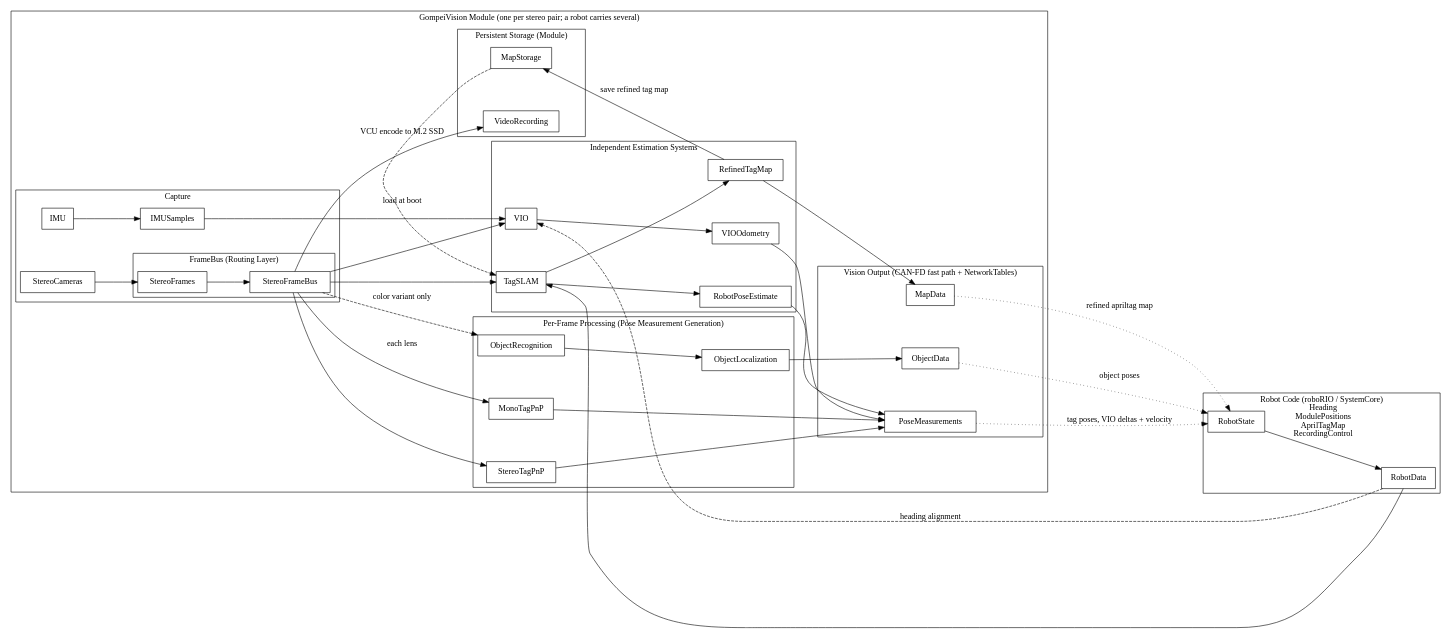
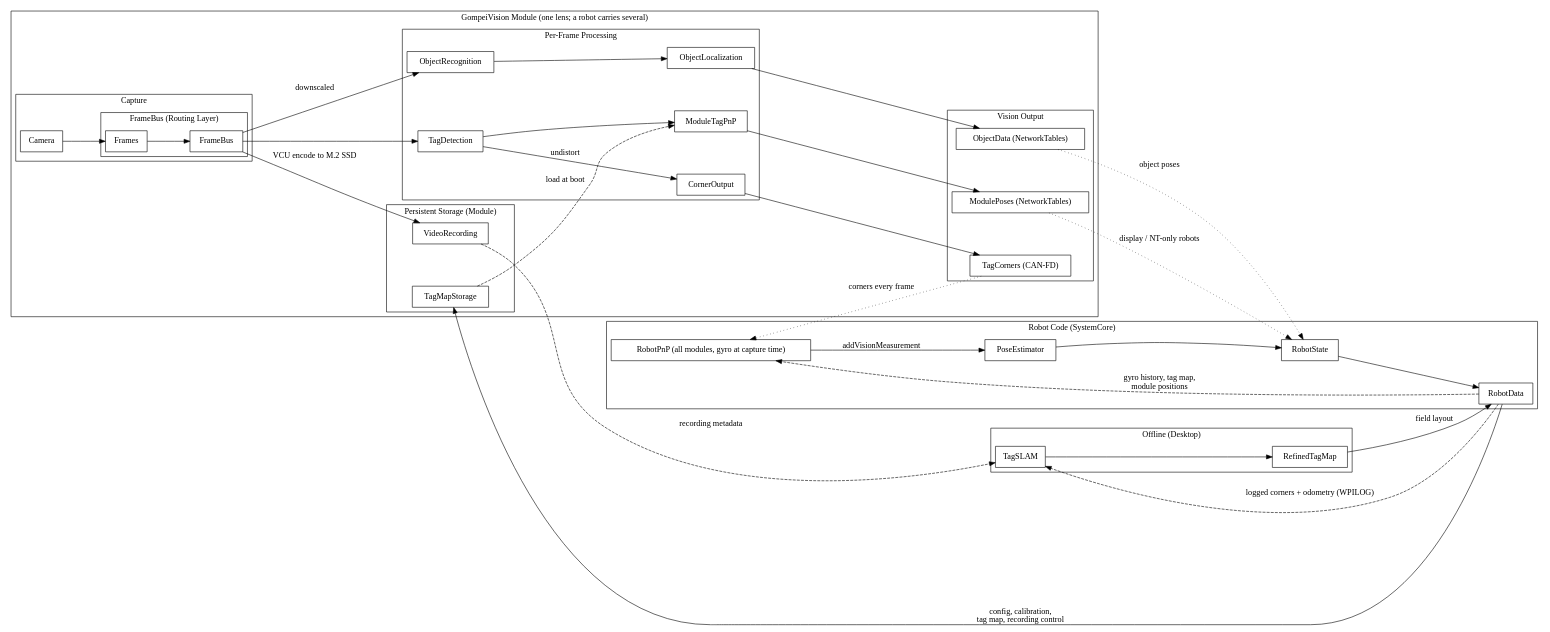
Before and after one commit to ElliotScher/GompeiVision: the diagram in GompeiVisionStructureDiagram.dot, drawn with Graphviz. The commit also changed 15 other files, not shown here.

```diff
--- a/GompeiVisionStructureDiagram.dot
+++ b/GompeiVisionStructureDiagram.dot
@@ -1,139 +1,133 @@
 digraph GompeiVisionStructureDiagram {
     compound=true;
     graph
         [splines=spline
         nodesep=1.0,
         ranksep=1.0
     ];
     node [shape=box];
     rankdir=LR;
 
-    subgraph cluster7 {
-        label = "Robot Code (roboRIO / SystemCore)";
-        RobotState;
-        RobotData;
-    }
-
     subgraph cluster0 {
-        label = "GompeiVision Module (one per stereo pair; a robot carries several)";
+        label = "GompeiVision Module (one lens; a robot carries several)";
 
         subgraph cluster1 {
             label = "Capture";
 
-            StereoCameras;
-            IMU;
+            Camera;
+            Frames;
 
-            StereoFrames;
-            IMUSamples;
-
-            StereoCameras -> StereoFrames;
-            IMU -> IMUSamples;
+            Camera -> Frames;
 
             subgraph cluster_framebus {
                 label = "FrameBus (Routing Layer)";
 
-                StereoFrameBus;
+                FrameBus;
 
-                StereoFrames -> StereoFrameBus;
+                Frames -> FrameBus;
             }
         }
 
         subgraph cluster2 {
-            label = "Per-Frame Processing (Pose Measurement Generation)";
+            label = "Per-Frame Processing";
 
-            MonoTagPnP;
-            StereoTagPnP;
+            TagDetection;
+            CornerOutput;
+            ModuleTagPnP;
 
             ObjectRecognition;
             ObjectLocalization;
 
-            StereoFrameBus -> MonoTagPnP [label="each lens"];
-            StereoFrameBus -> StereoTagPnP;
+            FrameBus -> TagDetection;
+            TagDetection -> CornerOutput [label="undistort"];
+            TagDetection -> ModuleTagPnP;
 
-            StereoFrameBus -> ObjectRecognition [style="dashed", label="color variant only"];
-
+            FrameBus -> ObjectRecognition [label="downscaled"];
             ObjectRecognition -> ObjectLocalization;
         }
 
-        subgraph cluster4 {
-            label = "Independent Estimation Systems";
+        subgraph cluster5 {
+            label = "Vision Output";
 
-            TagSLAM;
-            RobotPoseEstimate;
-            RefinedTagMap;
+            TagCorners [label="TagCorners (CAN-FD)"];
+            ModulePoses [label="ModulePoses (NetworkTables)"];
+            ObjectData [label="ObjectData (NetworkTables)"];
 
-            VIO;
-            VIOOdometry;
-
-            StereoFrameBus -> TagSLAM;
-            StereoFrameBus -> VIO;
-            IMUSamples -> VIO;
-
-            RobotData -> TagSLAM;
-            RobotData -> VIO [style="dashed", label="heading alignment"];
-
-            TagSLAM -> RobotPoseEstimate;
-            TagSLAM -> RefinedTagMap;
-
-            VIO -> VIOOdometry;
-        }
-
-        subgraph cluster5 {
-            label = "Vision Output (CAN-FD fast path + NetworkTables)";
-
-            PoseMeasurements;
-            ObjectData;
-            MapData;
-
-            MonoTagPnP -> PoseMeasurements;
-            StereoTagPnP -> PoseMeasurements;
-
+            CornerOutput -> TagCorners;
+            ModuleTagPnP -> ModulePoses;
             ObjectLocalization -> ObjectData;
-
-            RobotPoseEstimate -> PoseMeasurements;
-            VIOOdometry -> PoseMeasurements;
-
-            RefinedTagMap -> MapData;
         }
 
         subgraph cluster6 {
             label = "Persistent Storage (Module)";
 
-            MapStorage;
+            TagMapStorage;
             VideoRecording;
 
-            RefinedTagMap -> MapStorage [
-                label="save refined tag map"
-            ];
-
-            MapStorage -> TagSLAM [
-                label="load at boot",
-                style="dashed"
-            ];
-
-            StereoFrameBus -> VideoRecording [
+            FrameBus -> VideoRecording [
                 label="VCU encode to M.2 SSD"
             ];
         }
     }
 
+    subgraph cluster7 {
+        label = "Robot Code (SystemCore)";
 
-    PoseMeasurements -> RobotState [
+        RobotPnP [label="RobotPnP (all modules, gyro at capture time)"];
+        PoseEstimator;
+        RobotState;
+        RobotData;
+
+        RobotPnP -> PoseEstimator [label="addVisionMeasurement"];
+        PoseEstimator -> RobotState;
+        RobotState -> RobotData;
+        RobotData -> RobotPnP [label="gyro history, tag map,\nmodule positions", style="dashed"];
+    }
+
+    subgraph cluster8 {
+        label = "Offline (Desktop)";
+
+        TagSLAM;
+        RefinedTagMap;
+
+        TagSLAM -> RefinedTagMap;
+    }
+
+    TagCorners -> RobotPnP [
         style="dotted",
-        label="tag poses, VIO deltas + velocity"
+        label="corners every frame"
+    ];
+
+    ModulePoses -> RobotState [
+        style="dotted",
+        label="display / NT-only robots"
     ];
 
     ObjectData -> RobotState [
         style="dotted",
         label="object poses"
     ];
 
-    MapData -> RobotState [
-        style="dotted",
-        label="refined apriltag map"
+    RobotData -> TagSLAM [
+        style="dashed",
+        label="logged corners + odometry (WPILOG)"
     ];
 
-    RobotState -> RobotData [
-        label="Heading\nModulePositions\nAprilTagMap\nRecordingControl"
+    VideoRecording -> TagSLAM [
+        style="dashed",
+        label="recording metadata"
+    ];
+
+    RefinedTagMap -> RobotData [
+        label="field layout"
+    ];
+
+    RobotData -> TagMapStorage [
+        label="config, calibration,\ntag map, recording control"
+    ];
+
+    TagMapStorage -> ModuleTagPnP [
+        label="load at boot",
+        style="dashed"
     ];
 }
```
